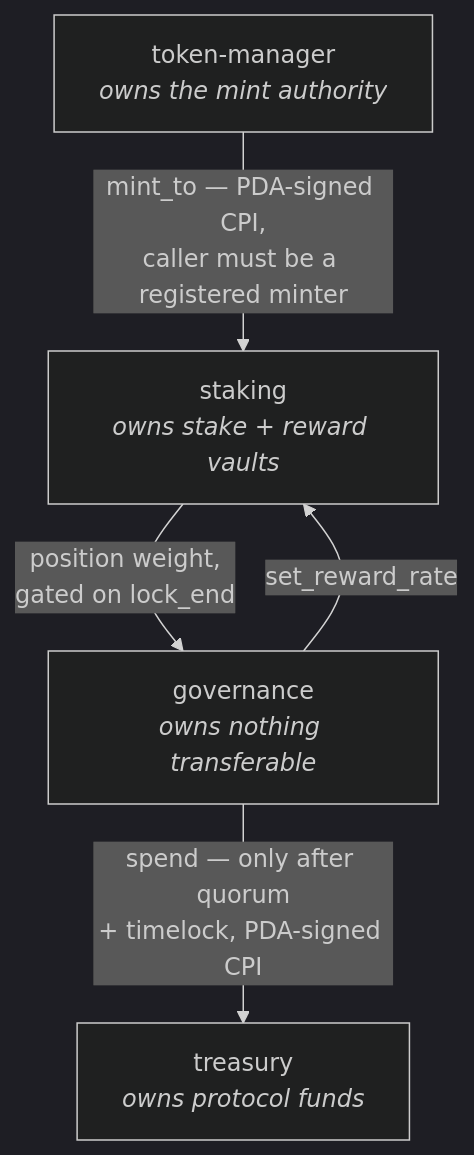
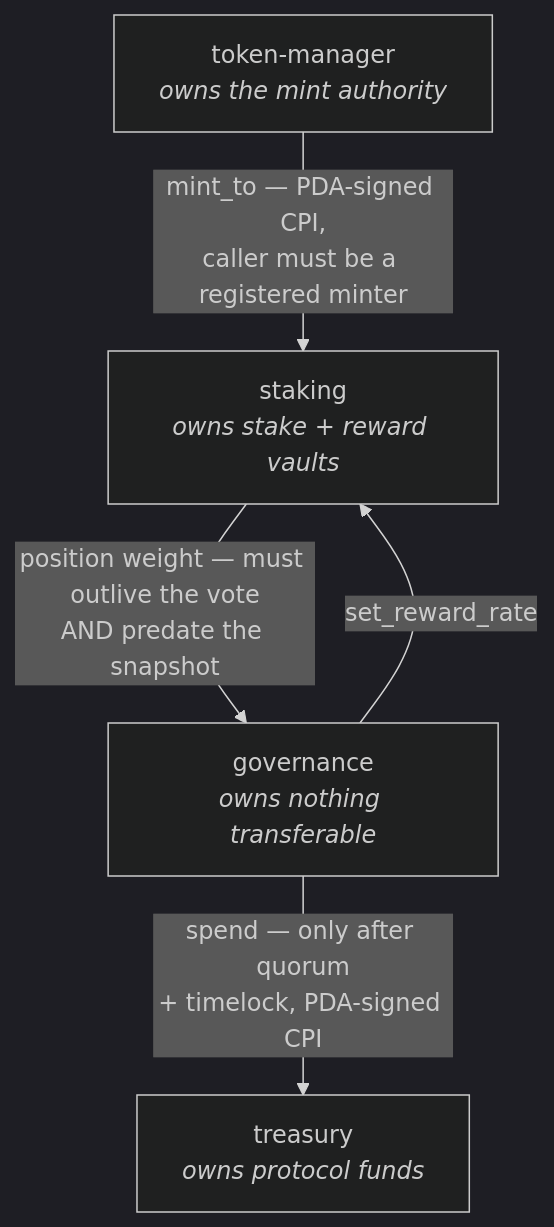
One commit to NarekYeghishyan/Helix-Protocol changed the diagram in README.md. Above: the diagram before and after it, drawn with Mermaid (dark theme). The commit also changed other lines of this file and 4 other files, not shown here.

First line of the commit message:
Close Phase 6: audit-readiness report, and fix three wrong claims in the architecture

````diff
--- a/README.md
+++ b/README.md
@@ -29,12 +29,12 @@
 ```mermaid
 graph TD
     TM["token-manager<br/><i>owns the mint authority</i>"]
     ST["staking<br/><i>owns stake + reward vaults</i>"]
     GV["governance<br/><i>owns nothing transferable</i>"]
     TR["treasury<br/><i>owns protocol funds</i>"]
 
     TM -->|"mint_to — PDA-signed CPI,<br/>caller must be a registered minter"| ST
-    ST -->|"position weight,<br/>gated on lock_end"| GV
+    ST -->|"position weight — must outlive the vote<br/>AND predate the snapshot"| GV
     GV -->|"spend — only after quorum<br/>+ timelock, PDA-signed CPI"| TR
     GV -->|"set_reward_rate"| ST
 ```
````
